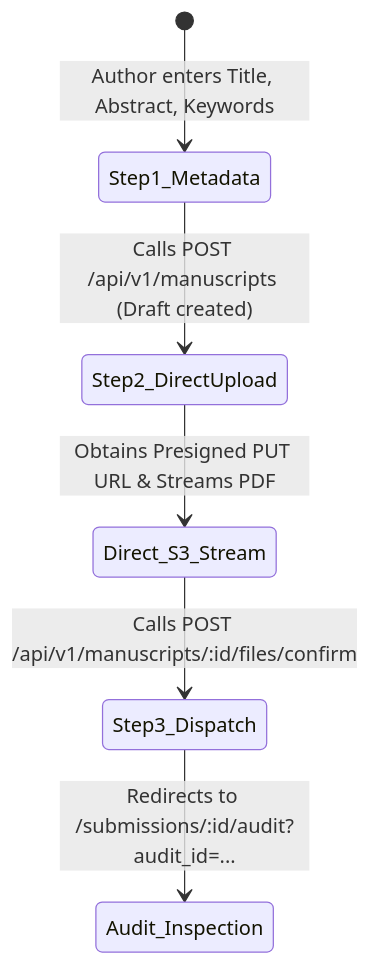
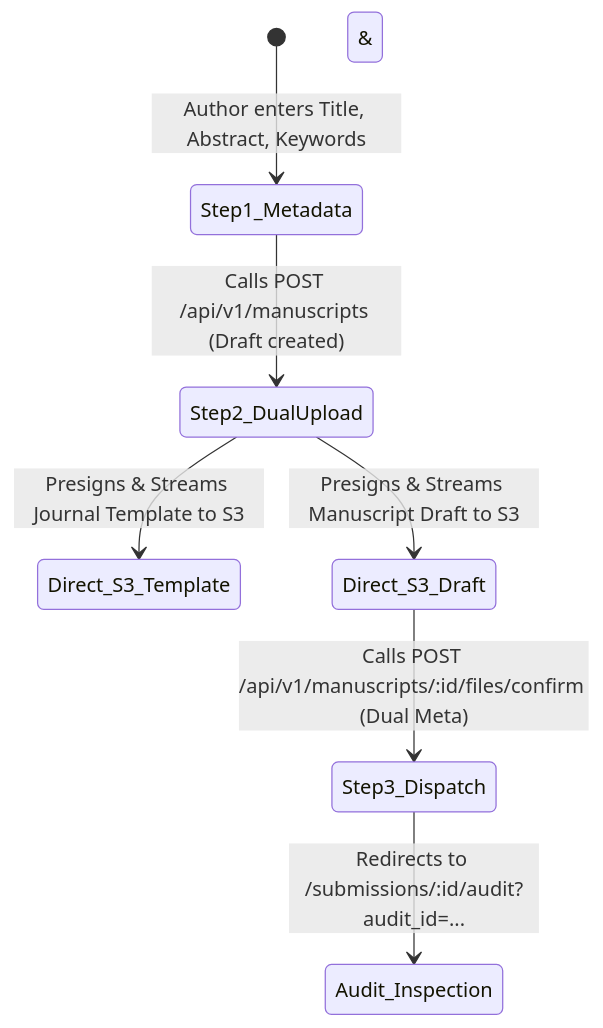
Before and after one commit to ageng133/jms: the diagram in plans/PLAN-07-frontend-submission-wizard.md, drawn with Mermaid. The commit also changed other lines of this file and 47 other files, not shown here.

Commit message:
feat(flow): implement dual-upload flow comparing author draft against reference journal template

````diff
--- a/plans/PLAN-07-frontend-submission-wizard.md
+++ b/plans/PLAN-07-frontend-submission-wizard.md
@@ -19,8 +19,9 @@
 ```mermaid
 stateDiagram-v2
     [*] --> Step1_Metadata : Author enters Title, Abstract, Keywords
-    Step1_Metadata --> Step2_DirectUpload : Calls POST /api/v1/manuscripts (Draft created)
-    Step2_DirectUpload --> Direct_S3_Stream : Obtains Presigned PUT URL & Streams PDF
-    Direct_S3_Stream --> Step3_Dispatch : Calls POST /api/v1/manuscripts/:id/files/confirm
+    Step1_Metadata --> Step2_DualUpload : Calls POST /api/v1/manuscripts (Draft created)
+    Step2_DualUpload --> Direct_S3_Template : Presigns & Streams Journal Template to S3
+    Step2_DualUpload --> Direct_S3_Draft : Presigns & Streams Manuscript Draft to S3
+    Direct_S3_Template & Direct_S3_Draft --> Step3_Dispatch : Calls POST /api/v1/manuscripts/:id/files/confirm (Dual Meta)
     Step3_Dispatch --> Audit_Inspection : Redirects to /submissions/:id/audit?audit_id=...
 ```
````
